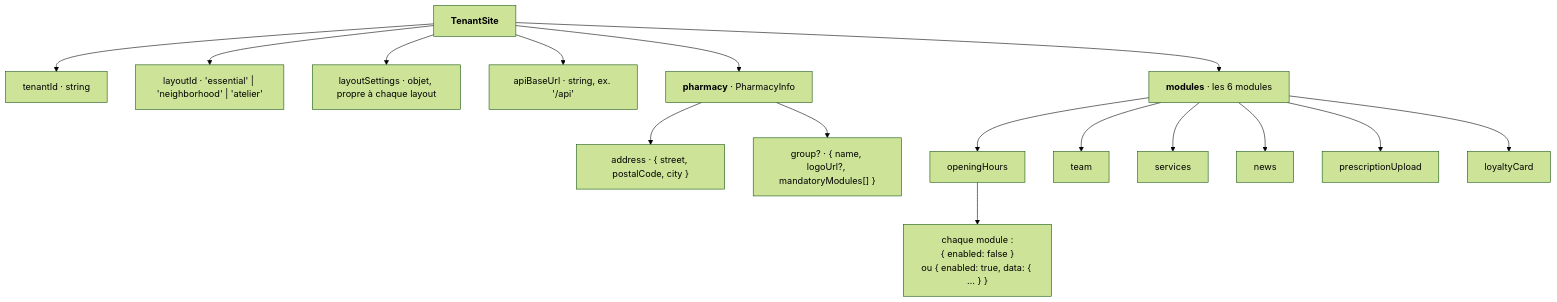
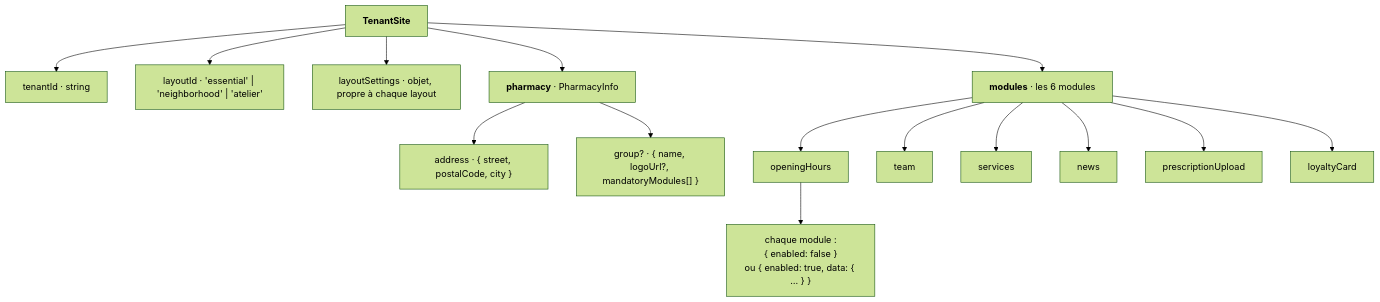
The diagram in app/engine/docs/donnees-api.md (BastienGRNT/crystal_pharm), drawn with Mermaid (forest theme) before and after one commit. The commit also changed other lines of this file and 70 other files, not shown here.

````diff
--- a/app/engine/docs/donnees-api.md
+++ b/app/engine/docs/donnees-api.md
@@ -11,21 +11,20 @@
 ```mermaid
 flowchart TD
     tenantSite["<b>TenantSite</b>"] --> tenantId["tenantId · string"]
     tenantSite --> layoutId["layoutId · 'essential' | 'neighborhood' | 'atelier'"]
     tenantSite --> layoutSettings["layoutSettings · objet, propre à chaque layout"]
-    tenantSite --> apiBaseUrl["apiBaseUrl · string, ex. '/api'"]
     tenantSite --> pharmacy["<b>pharmacy</b> · PharmacyInfo"]
     tenantSite --> modules["<b>modules</b> · les 6 modules"]
 
     pharmacy --> address["address · { street, postalCode, city }"]
     pharmacy --> group["group? · { name, logoUrl?, mandatoryModules[] }"]
 
     modules --> openingHours["openingHours"]
     modules --> team["team"]
     modules --> services["services"]
     modules --> news["news"]
     modules --> prescriptionUpload["prescriptionUpload"]
     modules --> loyaltyCard["loyaltyCard"]
 
     openingHours --> toggle["chaque module :<br/>{ enabled: false }<br/>ou { enabled: true, data: { … } }"]
 ```
````
